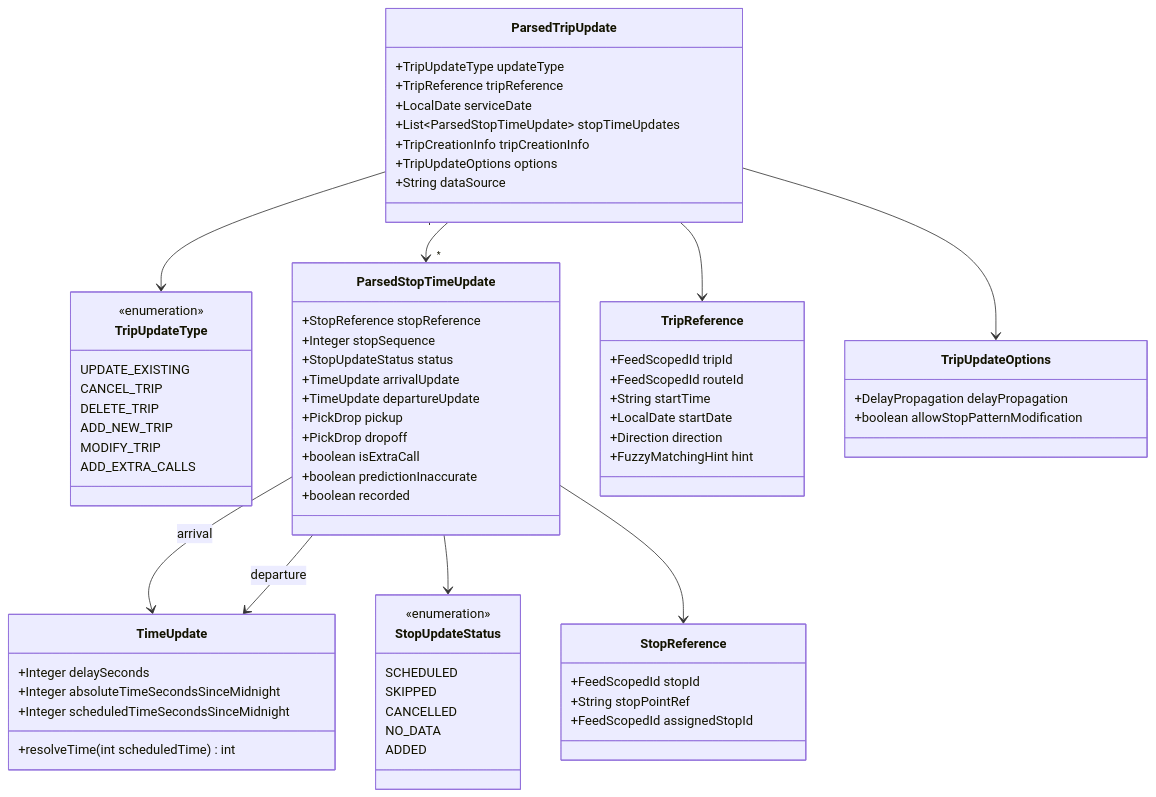
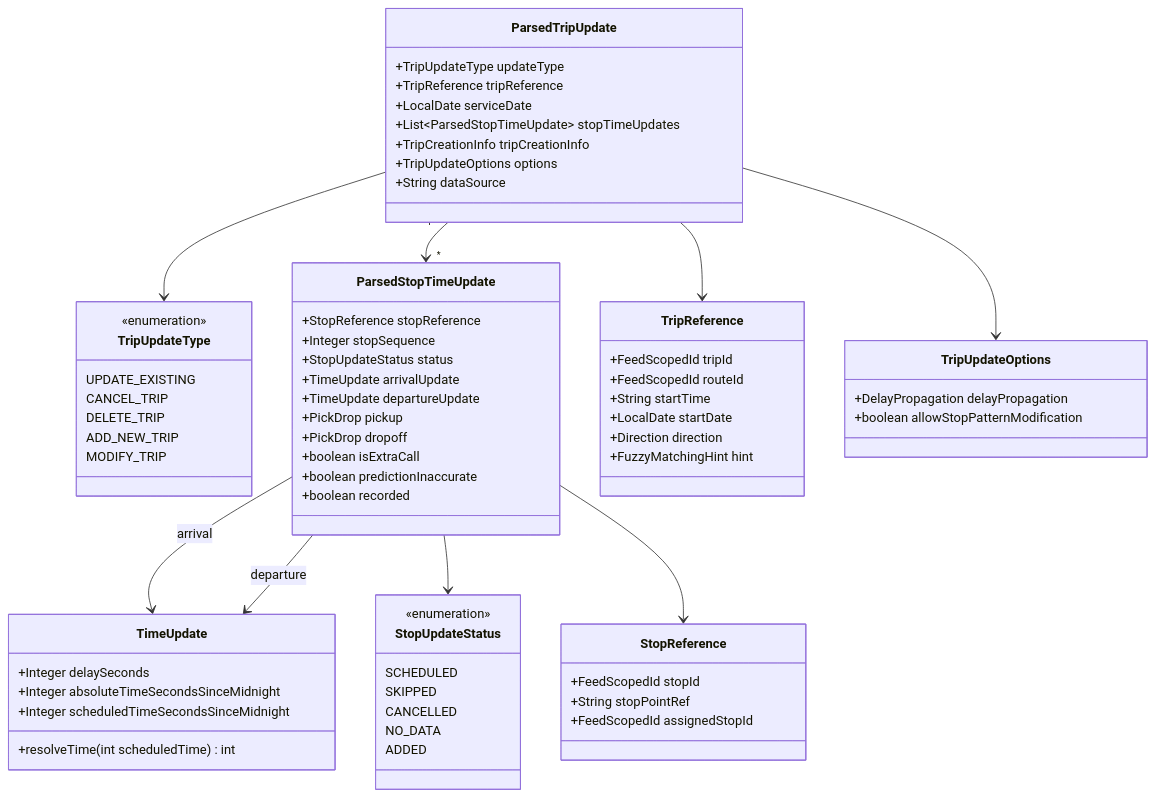
Before and after one commit to entur/OpenTripPlanner: the fourth of 10 diagrams in docs/design/unified-realtime-updaters-with-diagrams.md, drawn with Mermaid. The commit also changed other lines of this file and 8 other files, not shown here.

````diff
--- a/docs/design/unified-realtime-updaters-with-diagrams.md
+++ b/docs/design/unified-realtime-updaters-with-diagrams.md
@@ -391,80 +390,79 @@
 ```mermaid
 classDiagram
     class ParsedTripUpdate {
         +TripUpdateType updateType
         +TripReference tripReference
         +LocalDate serviceDate
         +List~ParsedStopTimeUpdate~ stopTimeUpdates
         +TripCreationInfo tripCreationInfo
         +TripUpdateOptions options
         +String dataSource
     }
     
     class TripUpdateType {
         <<enumeration>>
         UPDATE_EXISTING
         CANCEL_TRIP
         DELETE_TRIP
         ADD_NEW_TRIP
         MODIFY_TRIP
-        ADD_EXTRA_CALLS
     }
     
     class ParsedStopTimeUpdate {
         +StopReference stopReference
         +Integer stopSequence
         +StopUpdateStatus status
         +TimeUpdate arrivalUpdate
         +TimeUpdate departureUpdate
         +PickDrop pickup
         +PickDrop dropoff
         +boolean isExtraCall
         +boolean predictionInaccurate
         +boolean recorded
     }
     
     class TimeUpdate {
         +Integer delaySeconds
         +Integer absoluteTimeSecondsSinceMidnight
         +Integer scheduledTimeSecondsSinceMidnight
         +resolveTime(int scheduledTime) int
     }
     
     class StopUpdateStatus {
         <<enumeration>>
         SCHEDULED
         SKIPPED
         CANCELLED
         NO_DATA
         ADDED
     }
     
     class TripReference {
         +FeedScopedId tripId
         +FeedScopedId routeId
         +String startTime
         +LocalDate startDate
         +Direction direction
         +FuzzyMatchingHint hint
     }
     
     class StopReference {
         +FeedScopedId stopId
         +String stopPointRef
         +FeedScopedId assignedStopId
     }
     
     class TripUpdateOptions {
         +DelayPropagation delayPropagation
         +boolean allowStopPatternModification
     }
     
     ParsedTripUpdate "1" --> "*" ParsedStopTimeUpdate
     ParsedTripUpdate --> TripUpdateType
     ParsedTripUpdate --> TripReference
     ParsedTripUpdate --> TripUpdateOptions
     ParsedStopTimeUpdate --> TimeUpdate : arrival
     ParsedStopTimeUpdate --> TimeUpdate : departure
     ParsedStopTimeUpdate --> StopUpdateStatus
     ParsedStopTimeUpdate --> StopReference
 ```
````
